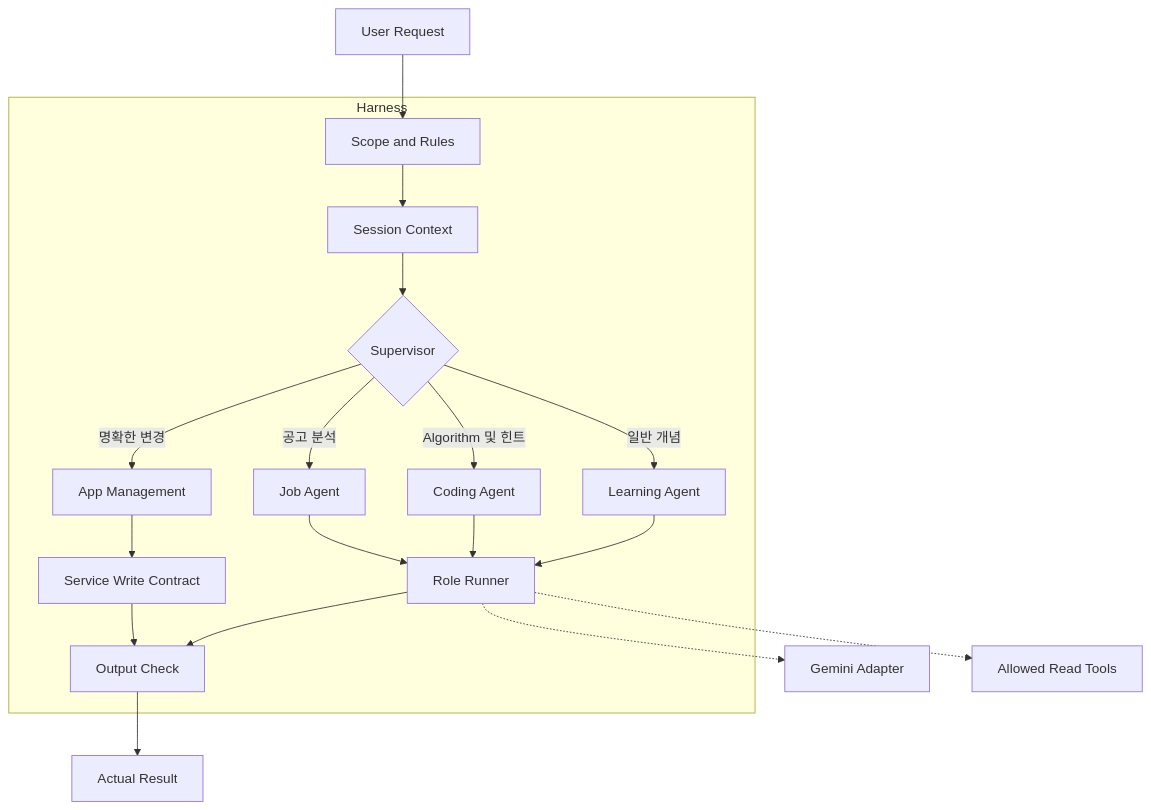
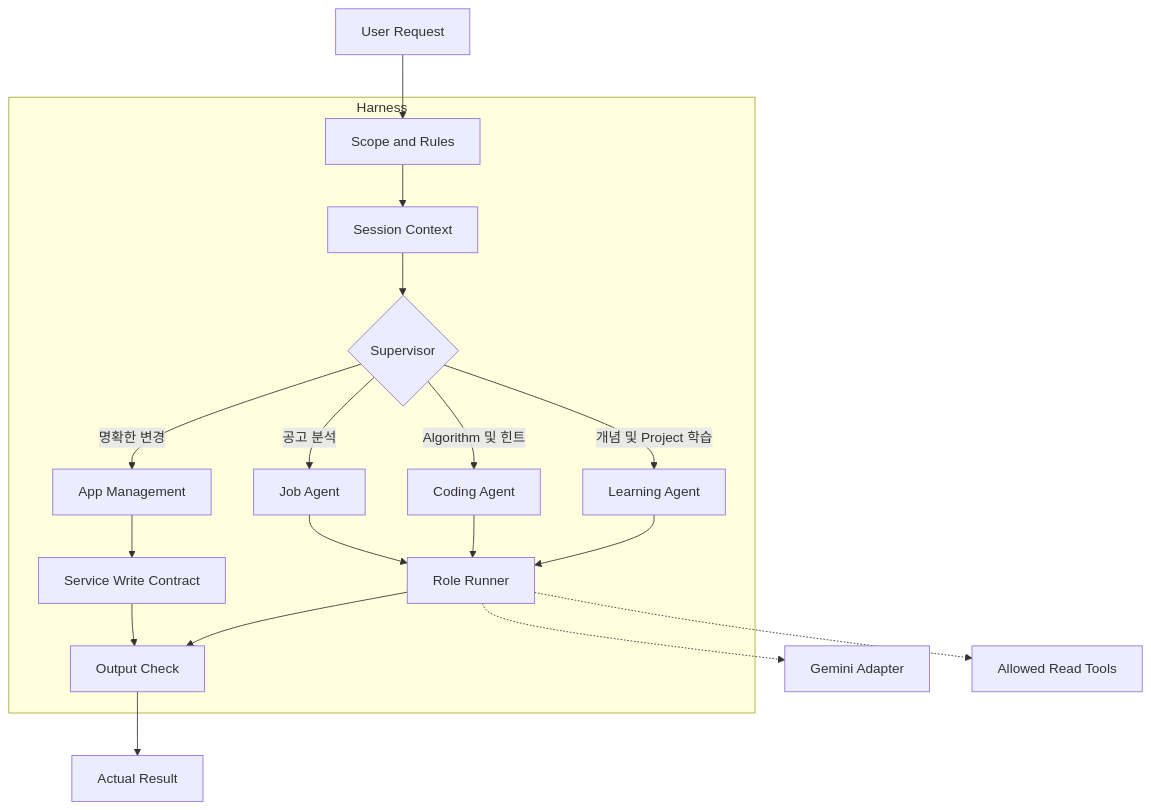
Before and after one commit to YoonDaeSung-01/MCP_Project: the second of 3 diagrams in docs/ARCHITECTURE.md, drawn with Mermaid. The commit also changed other lines of this file and 27 other files, not shown here.

````diff
--- a/docs/ARCHITECTURE.md
+++ b/docs/ARCHITECTURE.md
@@ -340,35 +365,35 @@
 ```mermaid
 flowchart TB
   Q["User Request"]
   subgraph harness["Harness"]
     SC["Scope and Rules"]
     CX["Session Context"]
     SP{"Supervisor"}
     LA["Learning Agent"]
     CA["Coding Agent"]
     JA["Job Agent"]
     MG["App Management"]
     RD["Role Runner"]
     WC["Service Write Contract"]
     OC["Output Check"]
     SC --> CX
     CX --> SP
-    SP -->|"일반 개념"| LA
+    SP -->|"개념 및 Project 학습"| LA
     SP -->|"Algorithm 및 힌트"| CA
     SP -->|"공고 분석"| JA
     SP -->|"명확한 변경"| MG
     LA --> RD
     CA --> RD
     JA --> RD
     MG --> WC
     RD --> OC
     WC --> OC
   end
   MODEL["Gemini Adapter"]
   TOOLS["Allowed Read Tools"]
   ANSWER["Actual Result"]
   Q --> SC
   RD -.-> MODEL
   RD -.-> TOOLS
   OC --> ANSWER
 ```
````
